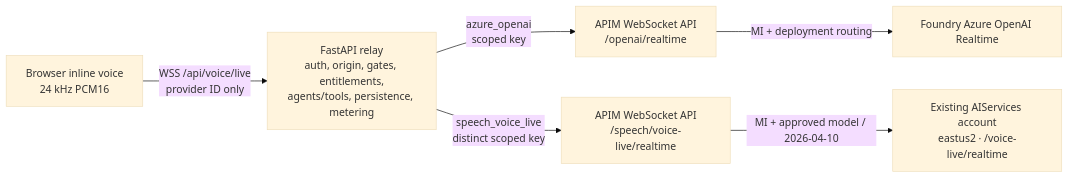
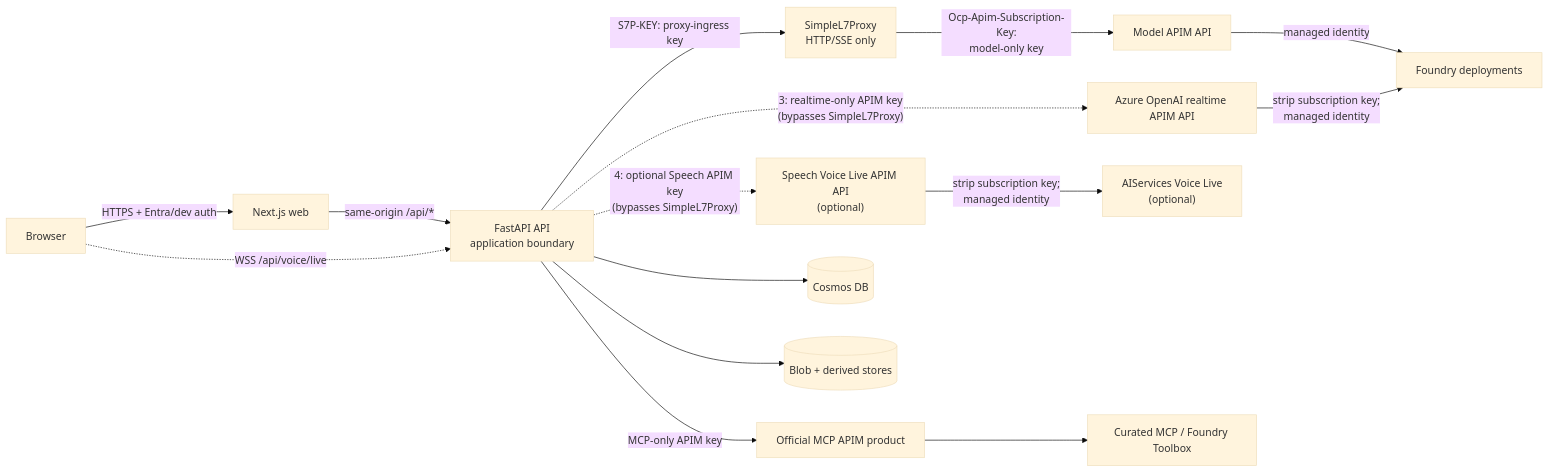
Before and after one commit to ian-t-adams/AI4IA: the diagram in docs/architecture.md, drawn with Mermaid (base theme). The commit also changed other lines of this file and 12 other files, not shown here.

First line of the commit message:
docs: publish platform architecture audit (#191)

````diff
--- a/docs/architecture.md
+++ b/docs/architecture.md
@@ -52,8 +57,31 @@
 ```mermaid
 flowchart LR
-  Browser["Browser inline voice<br/>24 kHz PCM16"] -->|"WSS /api/voice/live<br/>provider ID only"| API["FastAPI relay<br/>auth, origin, gates, entitlements,<br/>agents/tools, persistence, metering"]
-  API -->|"azure_openai<br/>scoped key"| AOAIAPI["APIM WebSocket API<br/>/openai/realtime"]
-  API -->|"speech_voice_live<br/>distinct scoped key"| SpeechAPI["APIM WebSocket API<br/>/speech/voice-live/realtime"]
-  AOAIAPI -->|"MI + deployment routing"| AOAI["Foundry Azure OpenAI Realtime"]
-  SpeechAPI -->|"MI + approved model / 2026-04-10"| Speech["Existing AIServices account<br/>eastus2 · /voice-live/realtime"]
+  B["Browser"]
+  W["Next.js web"]
+  A["FastAPI API<br/>application boundary"]
+  P["SimpleL7Proxy<br/>HTTP/SSE only"]
+  G["Model APIM API"]
+  R["Azure OpenAI realtime APIM API"]
+  V["Speech Voice Live APIM API<br/>(optional)"]
+  M["Official MCP APIM product"]
+  F["Foundry deployments"]
+  S["AIServices Voice Live<br/>(optional)"]
+  T["Curated MCP / Foundry Toolbox"]
+  C[("Cosmos DB")]
+  D[("Blob + derived stores")]
+
+  B -->|"HTTPS + Entra/dev auth"| W
+  W -->|"same-origin /api/*"| A
+  B -. "WSS /api/voice/live" .-> A
+  A -->|"S7P-KEY: proxy-ingress key"| P
+  P -->|"Ocp-Apim-Subscription-Key:<br/>model-only key"| G
+  G -->|"managed identity"| F
+  A -. "3: realtime-only APIM key<br/>(bypasses SimpleL7Proxy)" .-> R
+  R -->|"strip subscription key;<br/>managed identity"| F
+  A -. "4: optional Speech APIM key<br/>(bypasses SimpleL7Proxy)" .-> V
+  V -->|"strip subscription key;<br/>managed identity"| S
+  A -->|"MCP-only APIM key"| M
+  M --> T
+  A --> C
+  A --> D
 ```
````
